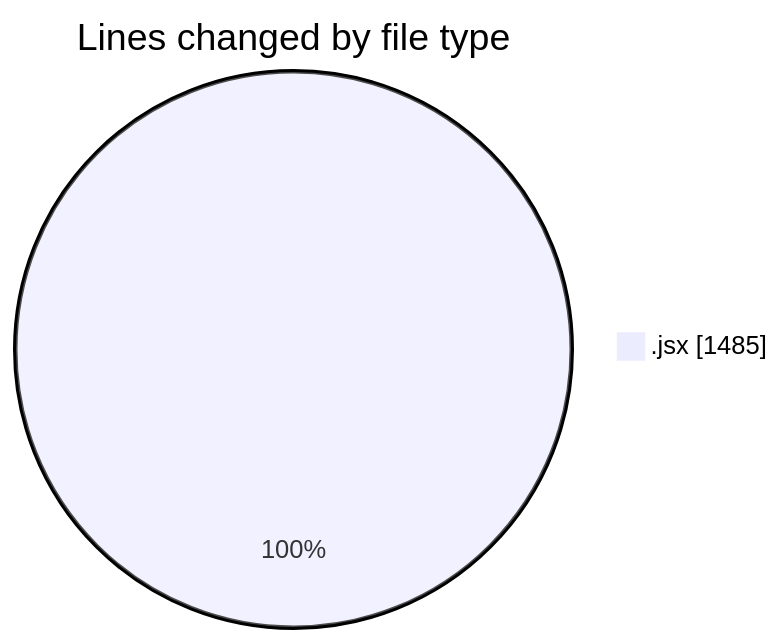
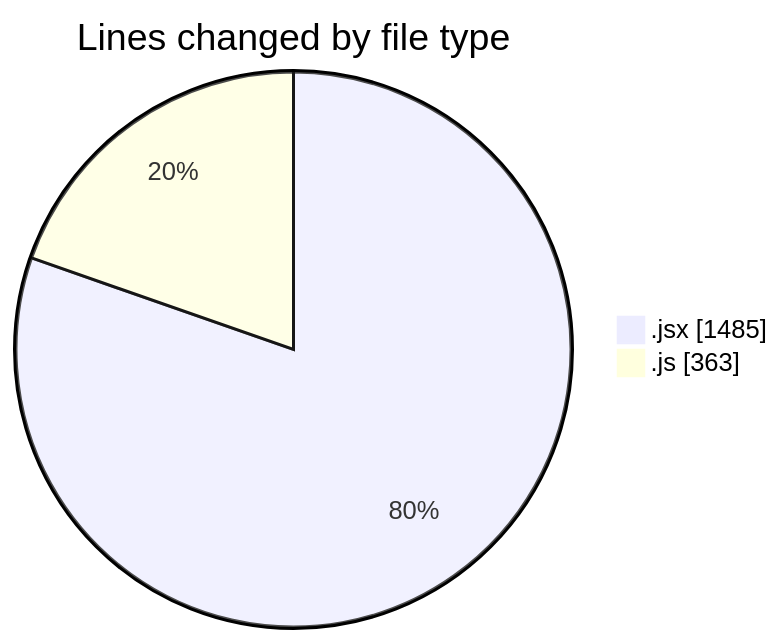
Before and after one commit to nxtqubesakshisongat/code-tracking: the first of 2 diagrams in 2025-11-06/nxtqube_webapp/README.md, drawn with Mermaid. The commit also changed other lines of this file and 1 other file, not shown here.

````diff
--- a/2025-11-06/nxtqube_webapp/README.md
+++ b/2025-11-06/nxtqube_webapp/README.md
@@ -22,5 +24,6 @@
 ```mermaid
 pie showData
 title Lines changed by file type
 ".jsx" : 1485
+".js" : 363
 ```
````
